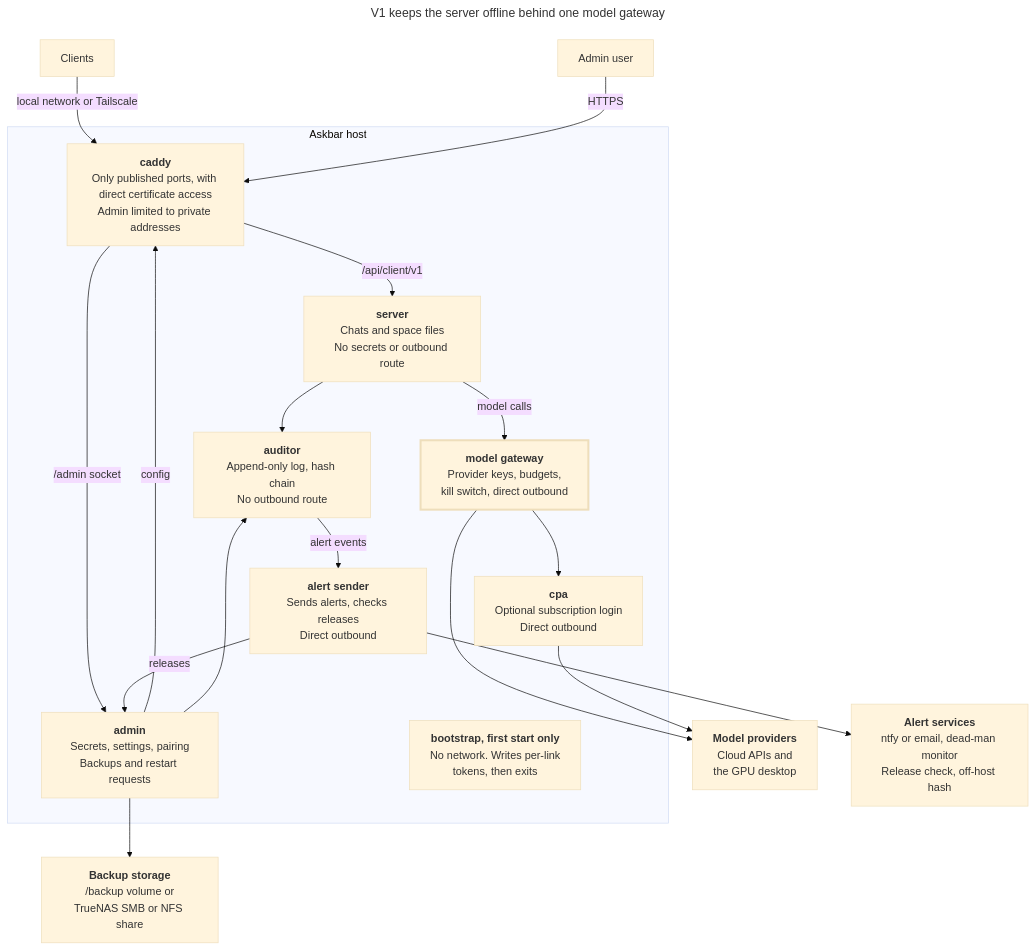
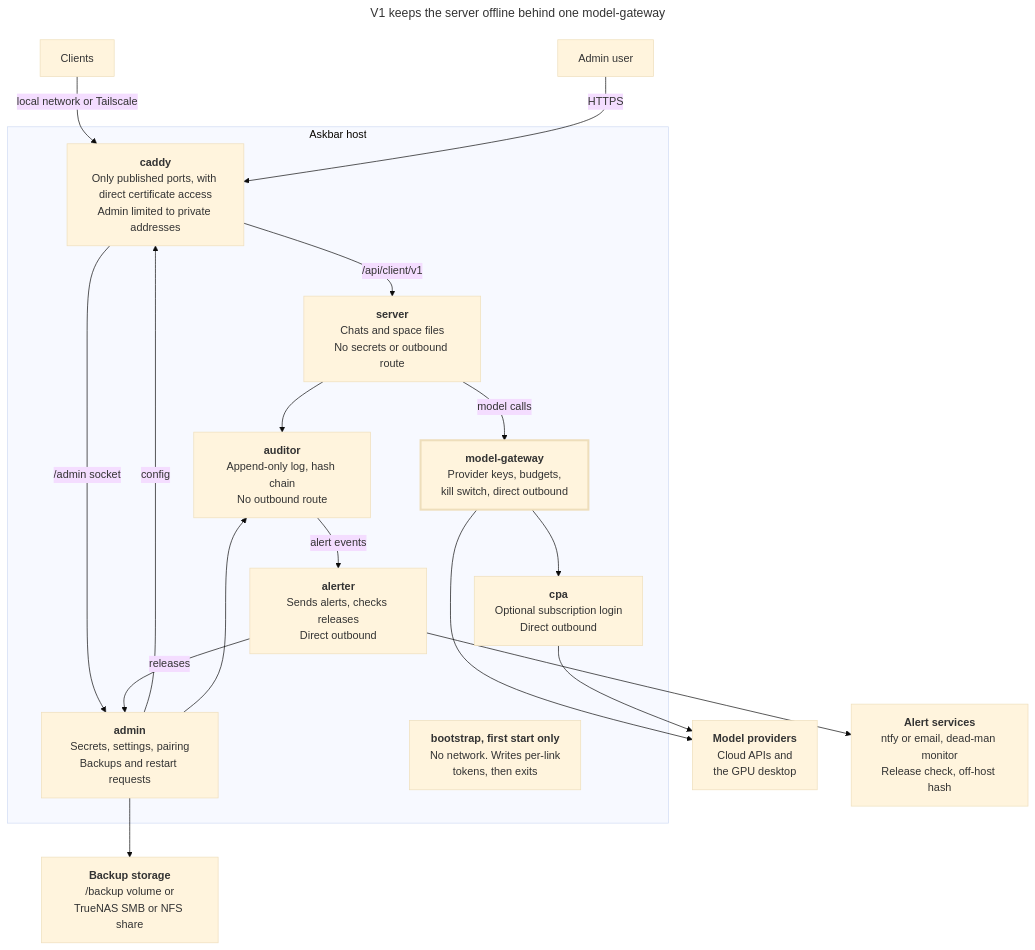
One commit to Thewuuryar/askbar changed the first of 2 diagrams in docs/architecture-plan.md. Above: the diagram before and after it, drawn with Mermaid (base theme). The commit also changed other lines of this file and 15 other files, not shown here.

First line of the commit message:
docs(docs): name the model-gateway and alerter components

````diff
--- a/docs/architecture-plan.md
+++ b/docs/architecture-plan.md
@@ -43,42 +43,42 @@
 ```mermaid
 ---
-title: V1 keeps the server offline behind one model gateway
+title: V1 keeps the server offline behind one model-gateway
 ---
 flowchart TB
     clients["Clients"]
     adminUser["Admin user"]
 
     subgraph host["Askbar host"]
         caddy["<b>caddy</b><br/>Only published ports, with direct certificate access<br/>Admin limited to private addresses"]
         server["<b>server</b><br/>Chats and space files<br/>No secrets or outbound route"]
         auditor["<b>auditor</b><br/>Append-only log, hash chain<br/>No outbound route"]
         admin["<b>admin</b><br/>Secrets, settings, pairing<br/>Backups and restart requests"]
-        gateway["<b>model gateway</b><br/>Provider keys, budgets,<br/>kill switch, direct outbound"]
+        modelGateway["<b>model-gateway</b><br/>Provider keys, budgets,<br/>kill switch, direct outbound"]
         cpa["<b>cpa</b><br/>Optional subscription login<br/>Direct outbound"]
-        sender["<b>alert sender</b><br/>Sends alerts, checks releases<br/>Direct outbound"]
+        alerter["<b>alerter</b><br/>Sends alerts, checks releases<br/>Direct outbound"]
         bootstrap["<b>bootstrap, first start only</b><br/>No network. Writes per-link<br/>tokens, then exits"]
     end
 
     providers["<b>Model providers</b><br/>Cloud APIs and<br/>the GPU desktop"]
     alerts["<b>Alert services</b><br/>ntfy or email, dead-man monitor<br/>Release check, off-host hash"]
     backup["<b>Backup storage</b><br/>/backup volume or<br/>TrueNAS SMB or NFS share"]
 
     clients -->|"local network or Tailscale"| caddy
     adminUser -->|"HTTPS"| caddy
     caddy -->|"/api/client/v1"| server
     caddy -->|"/admin socket"| admin
     admin -->|"config"| caddy
     server --> auditor
     admin --> auditor
-    server -->|"model calls"| gateway
-    gateway --> cpa
-    auditor -->|"alert events"| sender
-    sender -->|"releases"| admin
-    gateway --> providers
+    server -->|"model calls"| modelGateway
+    modelGateway --> cpa
+    auditor -->|"alert events"| alerter
+    alerter -->|"releases"| admin
+    modelGateway --> providers
     cpa --> providers
-    sender --> alerts
+    alerter --> alerts
     admin --> backup
 
     classDef key stroke-width:3px
-    class gateway key
+    class modelGateway key
 ```
````
